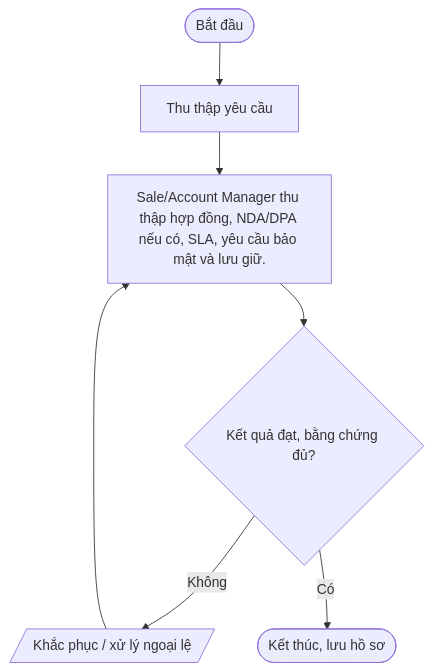
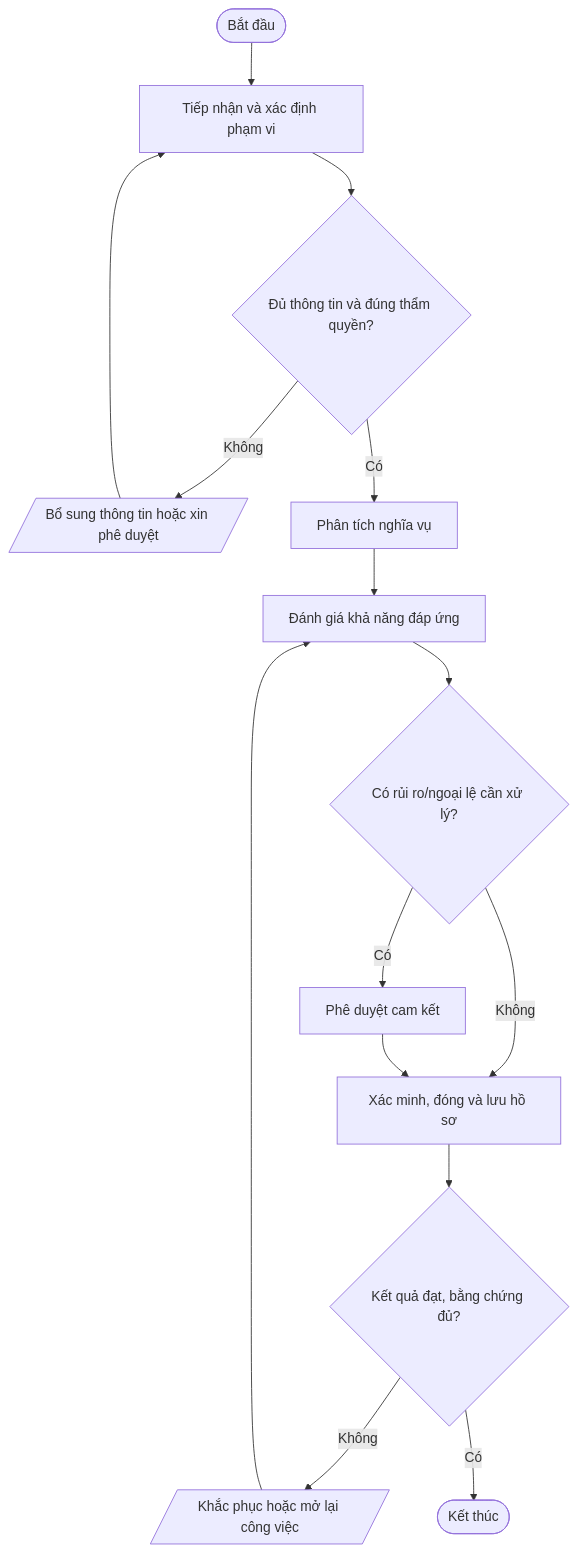
Before and after one commit to daoaigiangnam/Quy_Trinh_Chuan: the fourth of 7 diagrams in quy-trinh/01-Quan-tri-ISMS/README.md, drawn with Mermaid. The commit also changed other lines of this file, not shown here.

Commit message:
docs: refine detailed procedure steps and Mermaid flowcharts

````diff
--- a/quy-trinh/01-Quan-tri-ISMS/README.md
+++ b/quy-trinh/01-Quan-tri-ISMS/README.md
@@ -260,11 +317,17 @@
 ```mermaid
 flowchart TD
-  A([Bắt đầu]) --> S1
-  S1["Thu thập yêu cầu"]
-  S2["Sale/Account Manager thu thập hợp đồng, NDA/DPA nếu có, SLA, yêu cầu bảo mật và lưu giữ."]
-  S1 --> S2
-  S2 --> D2{"Kết quả đạt, bằng chứng đủ?"}
-  D2 -- Không --> REWORK[/"Khắc phục / xử lý ngoại lệ"/]
-  REWORK --> S2
-  D2 -- Có --> Z([Kết thúc, lưu hồ sơ])
+  A([Bắt đầu]) --> S1["Tiếp nhận và xác định phạm vi"]
+  S1 --> D1{"Đủ thông tin và đúng thẩm quyền?"}
+  D1 -- Không --> F1[/"Bổ sung thông tin hoặc xin phê duyệt"/]
+  F1 --> S1
+  D1 -- Có --> S2["Phân tích nghĩa vụ"]
+  S2 --> S3["Đánh giá khả năng đáp ứng"]
+  S3 --> D2{"Có rủi ro/ngoại lệ cần xử lý?"}
+  D2 -- Có --> S4["Phê duyệt cam kết"]
+  D2 -- Không --> S5["Xác minh, đóng và lưu hồ sơ"]
+  S4 --> S5
+  S5 --> D3{"Kết quả đạt, bằng chứng đủ?"}
+  D3 -- Không --> R[/"Khắc phục hoặc mở lại công việc"/]
+  R --> S3
+  D3 -- Có --> Z([Kết thúc])
 ```
````
